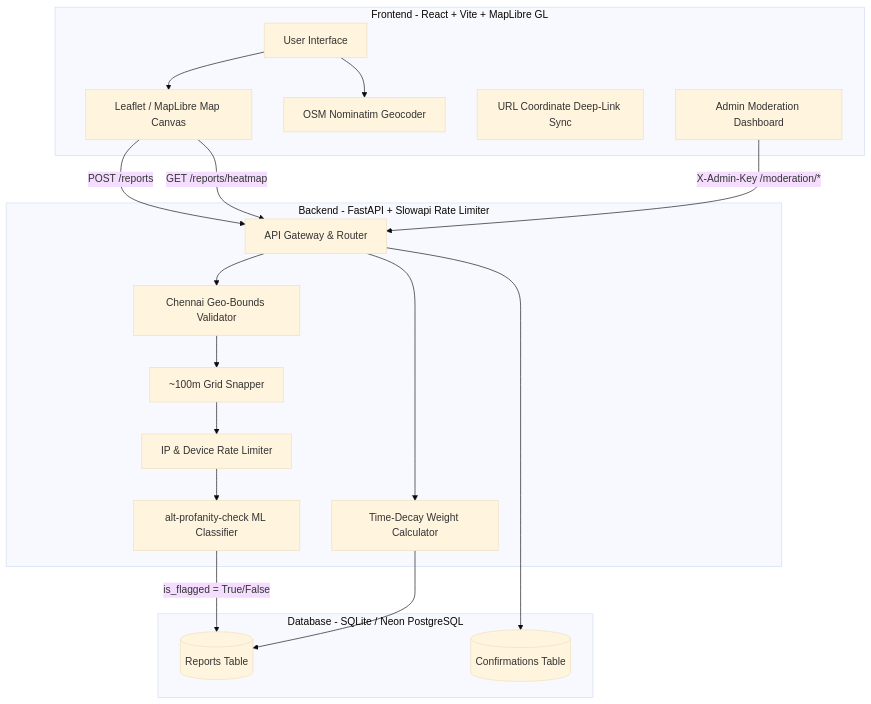
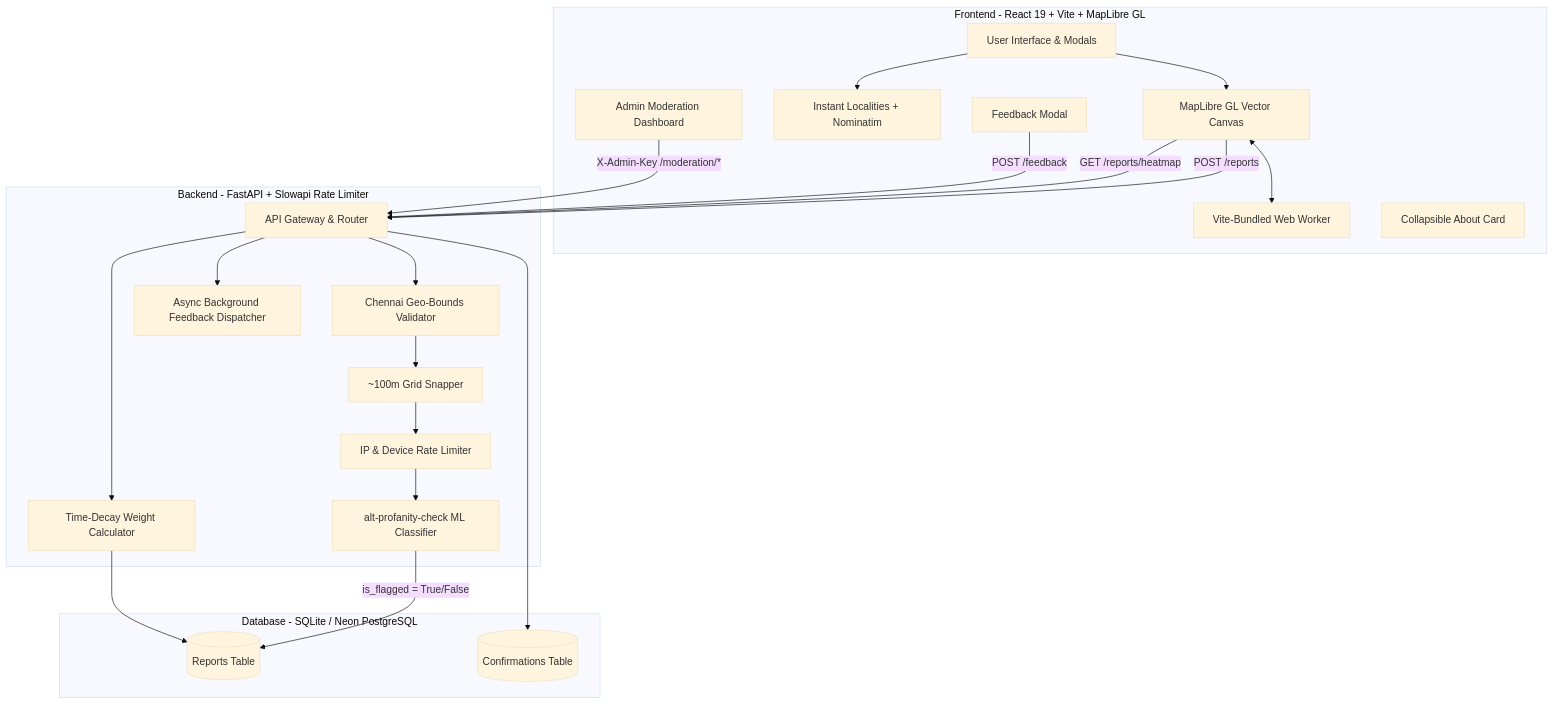
The first of 3 diagrams in README.md (Vijajraj/Adiona), drawn with Mermaid (base theme) before and after one commit. The commit also changed other lines of this file, not shown here.

Commit message:
docs: update README with key features, architecture, test matrix, and deployment guide

````diff
--- a/README.md
+++ b/README.md
@@ -9,39 +23,45 @@
 ```mermaid
 graph TD
-    subgraph Client Layer [Frontend - React + Vite + MapLibre GL]
-        UI[User Interface]
-        Map[Leaflet / MapLibre Map Canvas]
-        Search[OSM Nominatim Geocoder]
-        Share[URL Coordinate Deep-Link Sync]
+    subgraph Client Layer [Frontend - React 19 + Vite + MapLibre GL]
+        UI[User Interface & Modals]
+        Map[MapLibre GL Vector Canvas]
+        Worker[Vite-Bundled Web Worker]
+        Search[Instant Localities + Nominatim]
+        Context[Collapsible About Card]
+        FeedUI[Feedback Modal]
         ModUI[Admin Moderation Dashboard]
     end
 
     subgraph API Layer [Backend - FastAPI + Slowapi Rate Limiter]
         Router[API Gateway & Router]
         BoundsCheck[Chennai Geo-Bounds Validator]
         GridSnap[~100m Grid Snapper]
         RateLimiter[IP & Device Rate Limiter]
         MLFilter[alt-profanity-check ML Classifier]
         DecayEngine[Time-Decay Weight Calculator]
+        FeedbackSvc[Async Background Feedback Dispatcher]
     end
 
     subgraph Storage Layer [Database - SQLite / Neon PostgreSQL]
         DBReports[(Reports Table)]
         DBConfirms[(Confirmations Table)]
     end
 
     UI --> Search
     UI --> Map
+    Map <--> Worker
     Map -->|POST /reports| Router
     Map -->|GET /reports/heatmap| Router
+    FeedUI -->|POST /feedback| Router
     ModUI -->|X-Admin-Key /moderation/*| Router
 
     Router --> BoundsCheck
     BoundsCheck --> GridSnap
     GridSnap --> RateLimiter
     RateLimiter --> MLFilter
     MLFilter -->|is_flagged = True/False| DBReports
     Router --> DecayEngine
     DecayEngine --> DBReports
     Router --> DBConfirms
+    Router --> FeedbackSvc
 ```
````
